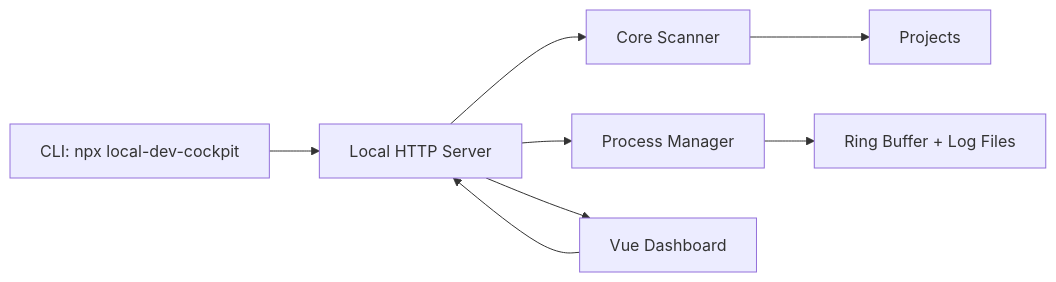
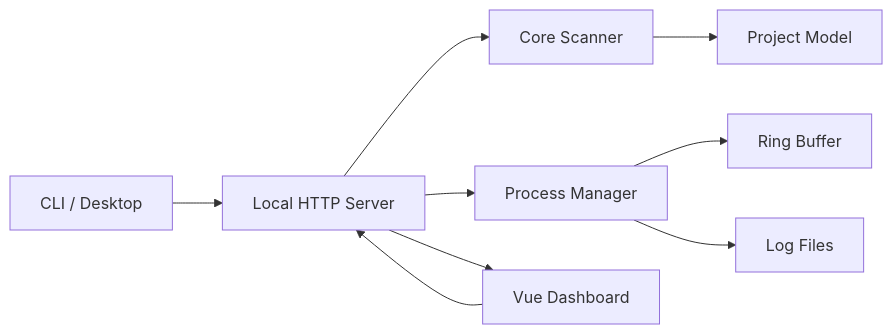
Before and after one commit to linsk27/local-dev-cockpit: the diagram in docs/architecture.md, drawn with Mermaid. The commit also changed other lines of this file and 2 other files, not shown here.

Commit message:
docs: clarify product architecture and roadmap

````diff
--- a/docs/architecture.md
+++ b/docs/architecture.md
@@ -61,10 +41,11 @@
 ```mermaid
 flowchart LR
-  A["CLI: npx local-dev-cockpit"] --> B["Local HTTP Server"]
+  A["CLI / Desktop"] --> B["Local HTTP Server"]
   B --> C["Core Scanner"]
-  C --> D["Projects"]
+  C --> D["Project Model"]
   B --> E["Process Manager"]
-  E --> F["Ring Buffer + Log Files"]
-  B --> G["Vue Dashboard"]
-  G --> B
+  E --> F["Ring Buffer"]
+  E --> G["Log Files"]
+  B --> H["Vue Dashboard"]
+  H --> B
 ```
````
